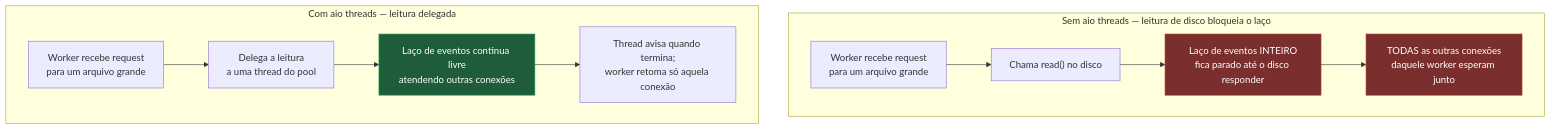
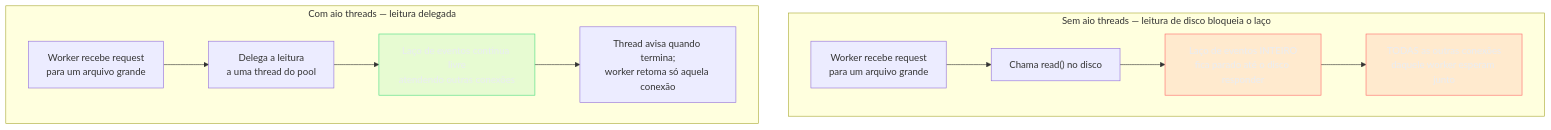
Before and after one commit to josenaldo/codex-technomanticus: the sixth of 6 diagrams in 03-Dominios/Tecnologia/Infraestrutura/Nginx/01 - O problema que o Nginx resolve.md, drawn with Mermaid. The commit also changed 1181 other files, not shown here.

First line of the commit message:
fix(diagramas): paleta do sistema no lugar de cor cravada no markdown

````diff
--- a/03-Dominios/Tecnologia/Infraestrutura/Nginx/01 - O problema que o Nginx resolve.md
+++ b/03-Dominios/Tecnologia/Infraestrutura/Nginx/01 - O problema que o Nginx resolve.md
@@ -289,18 +289,20 @@
 ```mermaid
 graph TB
+    classDef falha fill:#FF6B6B24,stroke:#FF6B6B,color:#E9ECF2
+    classDef ok fill:#4ADE8021,stroke:#4ADE80,color:#E9ECF2
     subgraph "Sem aio threads — leitura de disco bloqueia o laço"
         A1["Worker recebe request<br/>para um arquivo grande"] --> A2["Chama read() no disco"]
         A2 --> A3["Laço de eventos INTEIRO<br/>fica parado até o disco responder"]
         A3 --> A4["TODAS as outras conexões<br/>daquele worker esperam junto"]
     end
 
     subgraph "Com aio threads — leitura delegada"
         B1["Worker recebe request<br/>para um arquivo grande"] --> B2["Delega a leitura<br/>a uma thread do pool"]
         B2 --> B3["Laço de eventos continua livre<br/>atendendo outras conexões"]
         B3 --> B4["Thread avisa quando termina;<br/>worker retoma só aquela conexão"]
     end
 
-    style A3 fill:#7a2e2e,stroke:#c0392b,color:#fff
-    style A4 fill:#7a2e2e,stroke:#c0392b,color:#fff
-    style B3 fill:#1e5c3a,stroke:#27ae60,color:#fff
+    class A3 falha
+    class A4 falha
+    class B3 ok
 ```
````
